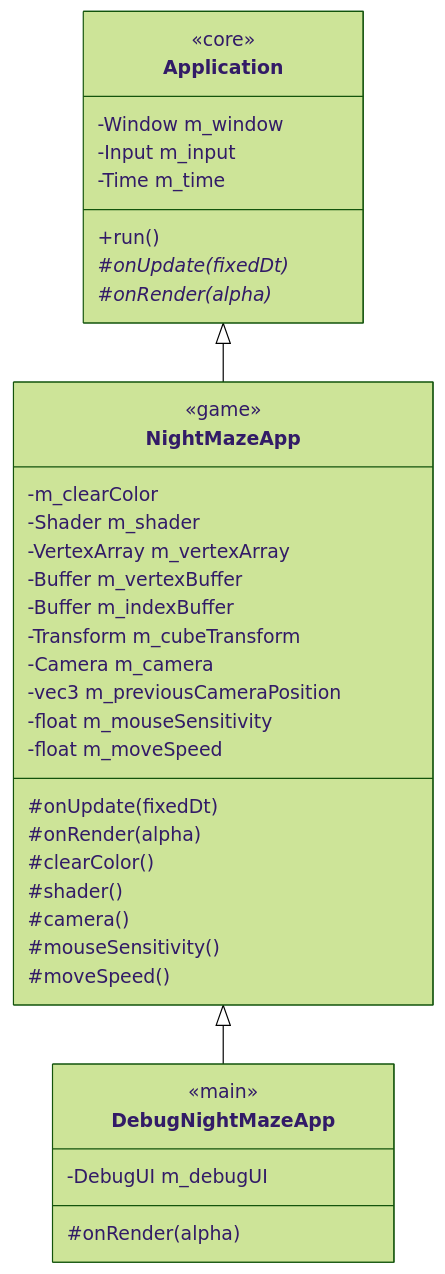
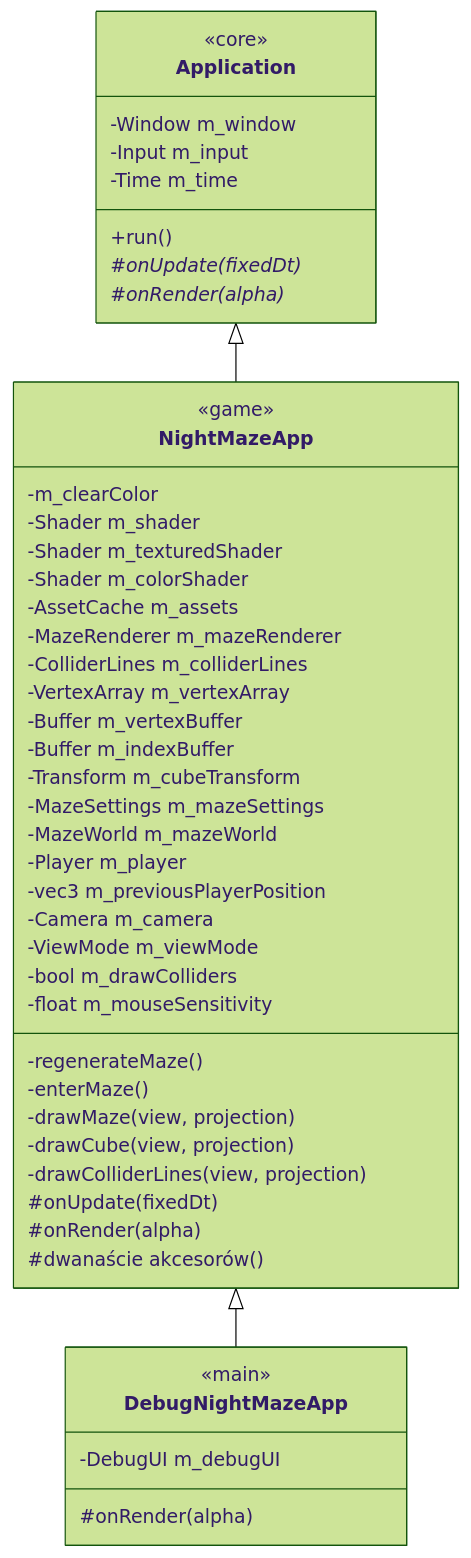
One commit to Shironex/night-maze changed the third of 3 diagrams in docs/modules/core/README.md. Above: the diagram before and after it, drawn with Mermaid (forest theme). The commit also changed other lines of this file and 41 other files, not shown here.

First line of the commit message:
feat(game): draw the textured maze and walk through it

````diff
--- a/docs/modules/core/README.md
+++ b/docs/modules/core/README.md
@@ -181,39 +517,49 @@
 ```mermaid
 classDiagram
     class Application {
         <<core>>
         -Window m_window
         -Input m_input
         -Time m_time
         +run()
         #onUpdate(fixedDt)*
         #onRender(alpha)*
     }
     class NightMazeApp {
         <<game>>
         -m_clearColor
         -Shader m_shader
+        -Shader m_texturedShader
+        -Shader m_colorShader
+        -AssetCache m_assets
+        -MazeRenderer m_mazeRenderer
+        -ColliderLines m_colliderLines
         -VertexArray m_vertexArray
         -Buffer m_vertexBuffer
         -Buffer m_indexBuffer
         -Transform m_cubeTransform
+        -MazeSettings m_mazeSettings
+        -MazeWorld m_mazeWorld
+        -Player m_player
+        -vec3 m_previousPlayerPosition
         -Camera m_camera
-        -vec3 m_previousCameraPosition
+        -ViewMode m_viewMode
+        -bool m_drawColliders
         -float m_mouseSensitivity
-        -float m_moveSpeed
+        -regenerateMaze()
+        -enterMaze()
+        -drawMaze(view, projection)
+        -drawCube(view, projection)
+        -drawColliderLines(view, projection)
         #onUpdate(fixedDt)
         #onRender(alpha)
-        #clearColor()
-        #shader()
-        #camera()
-        #mouseSensitivity()
-        #moveSpeed()
+        #dwanaście akcesorów()
     }
     class DebugNightMazeApp {
         <<main>>
         -DebugUI m_debugUI
         #onRender(alpha)
     }
     Application <|-- NightMazeApp
     NightMazeApp <|-- DebugNightMazeApp
 ```
````
